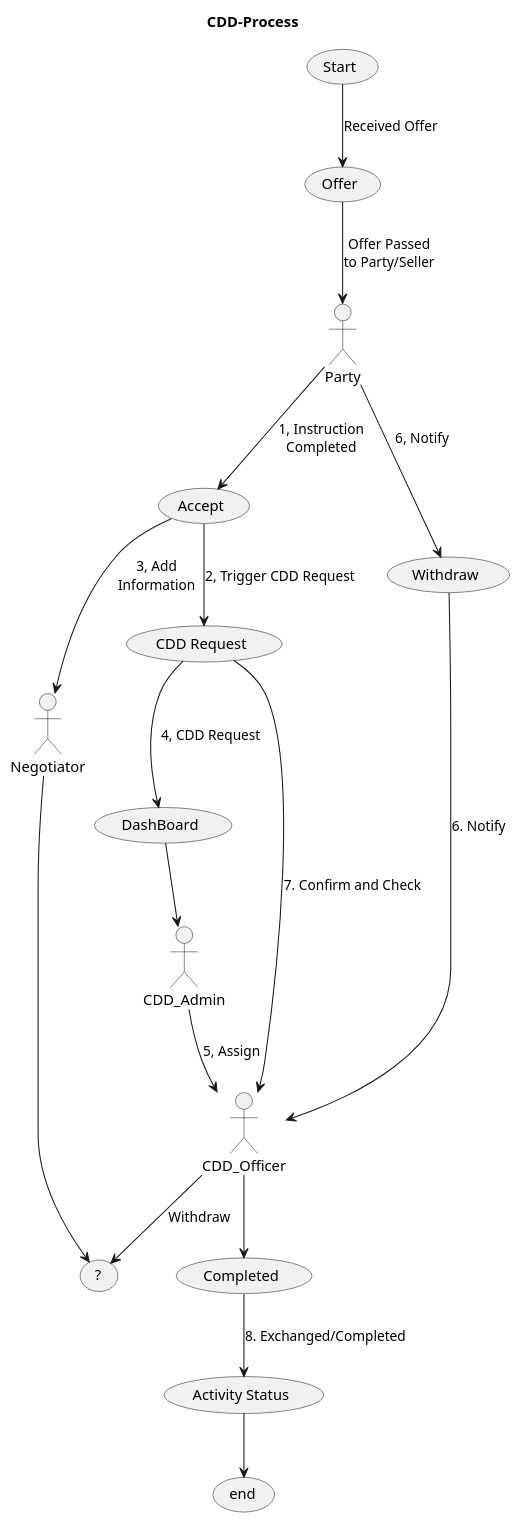
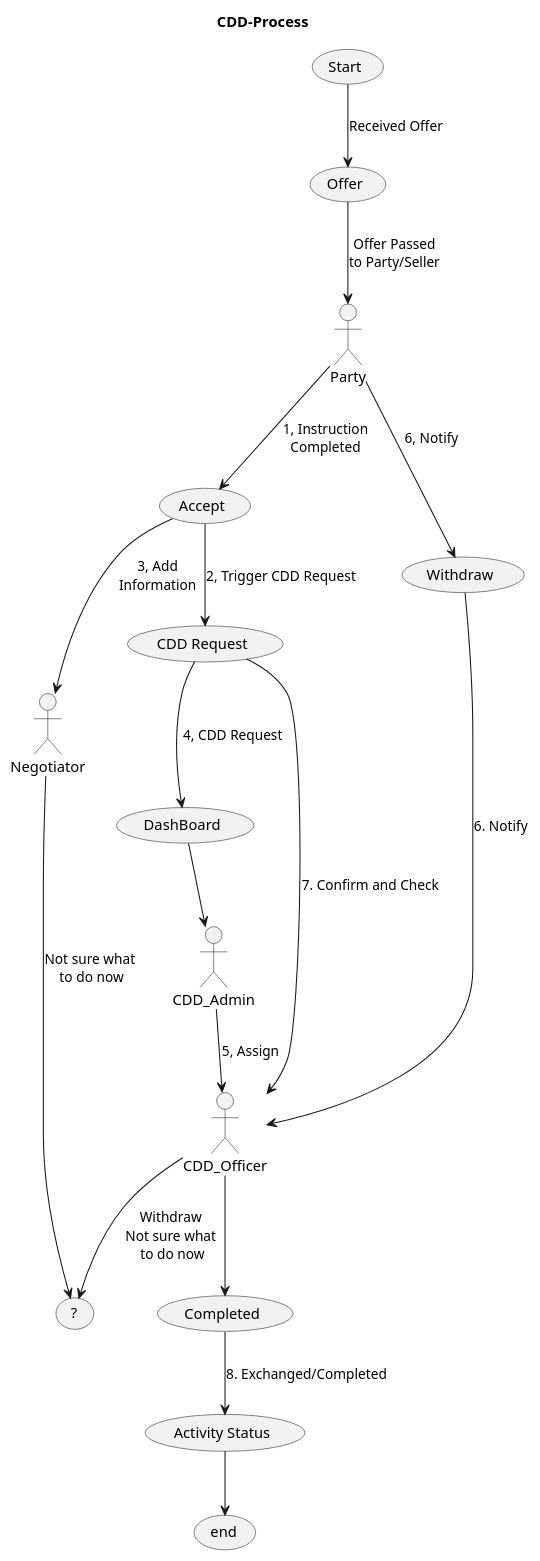
The diagram in assets/CDD-Process.puml (Kf-GaryNewport/Kf-GaryNewport.github.io), drawn with PlantUML before and after one commit.

```diff
--- a/assets/CDD-Process.puml
+++ b/assets/CDD-Process.puml
@@ -1,21 +1,21 @@
 @startuml CDDProcess
 
 title CDD-Process
 
 (Start) --> (Offer) : Received Offer
 (Offer) --> Party : Offer Passed\nto Party/Seller
 Party --> (Accept) : 1, Instruction\nCompleted
 (Accept) --> (CDD Request) : 2, Trigger CDD Request
 (Accept) --> Negotiator : 3, Add\nInformation
-Negotiator --> (?)
+Negotiator --> (?) : Not sure what\n to do now
 (CDD Request) --> (DashBoard) : 4, CDD Request
 (DashBoard) --> CDD_Admin
 CDD_Admin --> CDD_Officer : 5, Assign
 Party --> (Withdraw) : 6, Notify
 (Withdraw) --> CDD_Officer : 6. Notify
 (CDD Request) --> CDD_Officer : 7. Confirm and Check
 CDD_Officer --> (Completed)
-CDD_Officer --> (?) : Withdraw
+CDD_Officer --> (?) : Withdraw\nNot sure what\n to do now
 (Completed) --> (Activity Status) : 8. Exchanged/Completed
 (Activity Status) --> (end)
 @enduml
```
